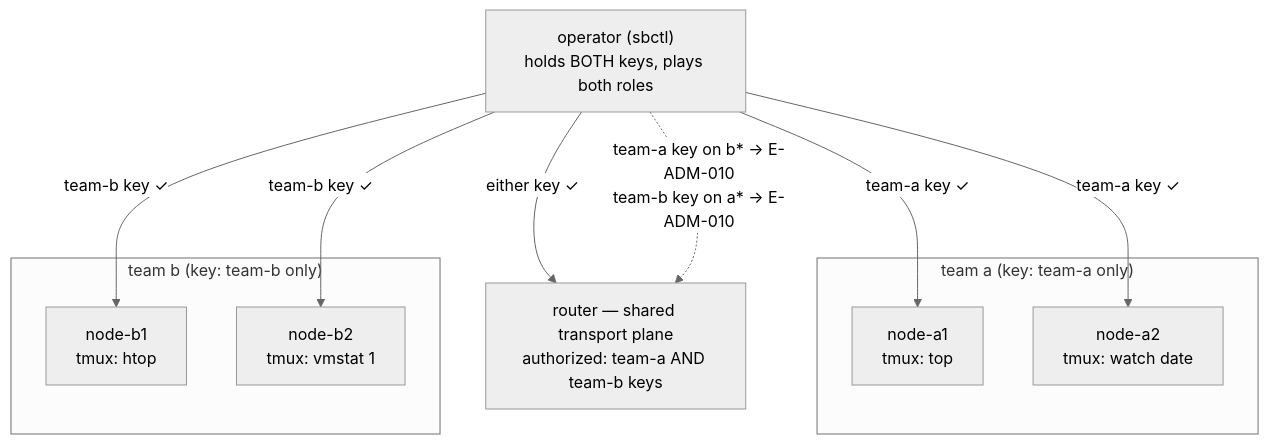
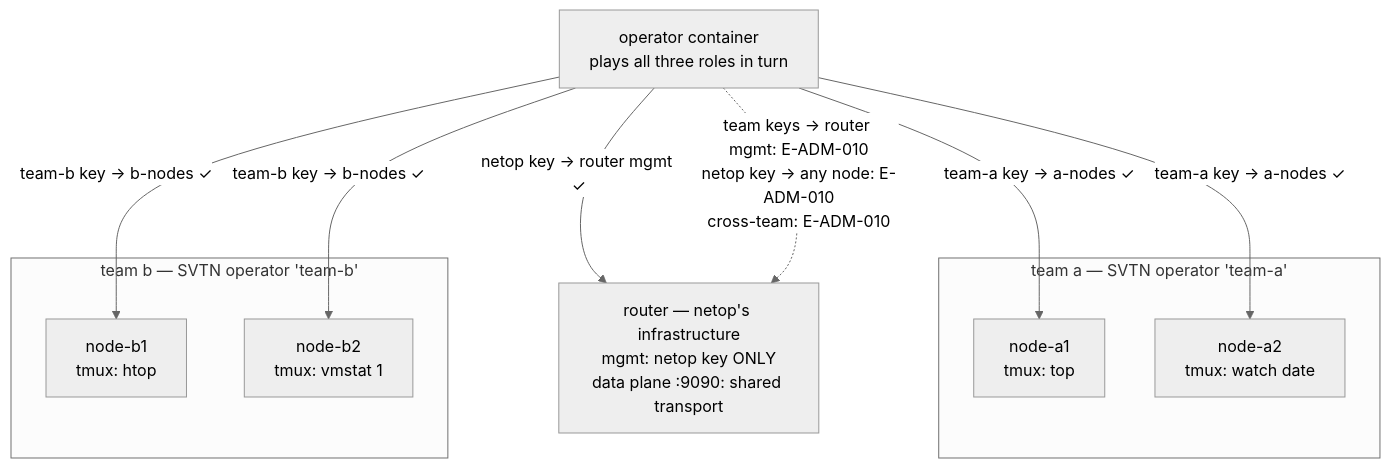
One commit to ArcavenAE/switchboard-blue changed the first of 2 diagrams in examples/06-two-svtn-isolation/README.md. Above: the diagram before and after it, drawn with Mermaid (neutral theme). The commit also changed other lines of this file and 4 other files, not shown here.

First line of the commit message:
docs: spec-aligned role model — network operator vs SVTN operator vs member

````diff
--- a/examples/06-two-svtn-isolation/README.md
+++ b/examples/06-two-svtn-isolation/README.md
@@ -10,17 +31,17 @@
 ```mermaid
 graph TB
-    R["router — shared transport plane<br/>authorized: team-a AND team-b keys"]
-    subgraph ta["team a (key: team-a only)"]
+    R["router — netop's infrastructure<br/>mgmt: netop key ONLY<br/>data plane :9090: shared transport"]
+    subgraph ta["team a — SVTN operator 'team-a'"]
         A1["node-a1<br/>tmux: top"]
         A2["node-a2<br/>tmux: watch date"]
     end
-    subgraph tb["team b (key: team-b only)"]
+    subgraph tb["team b — SVTN operator 'team-b'"]
         B1["node-b1<br/>tmux: htop"]
         B2["node-b2<br/>tmux: vmstat 1"]
     end
-    D["operator (sbctl)<br/>holds BOTH keys, plays both roles"]
-    D -- "team-a key ✓" --> A1 & A2
-    D -- "team-b key ✓" --> B1 & B2
-    D -- "either key ✓" --> R
-    D -. "team-a key on b* → E-ADM-010<br/>team-b key on a* → E-ADM-010" .-> R
+    OP["operator container<br/>plays all three roles in turn"]
+    OP -- "netop key → router mgmt ✓" --> R
+    OP -- "team-a key → a-nodes ✓" --> A1 & A2
+    OP -- "team-b key → b-nodes ✓" --> B1 & B2
+    OP -. "team keys → router mgmt: E-ADM-010<br/>netop key → any node: E-ADM-010<br/>cross-team: E-ADM-010" .-> R
 ```
````
